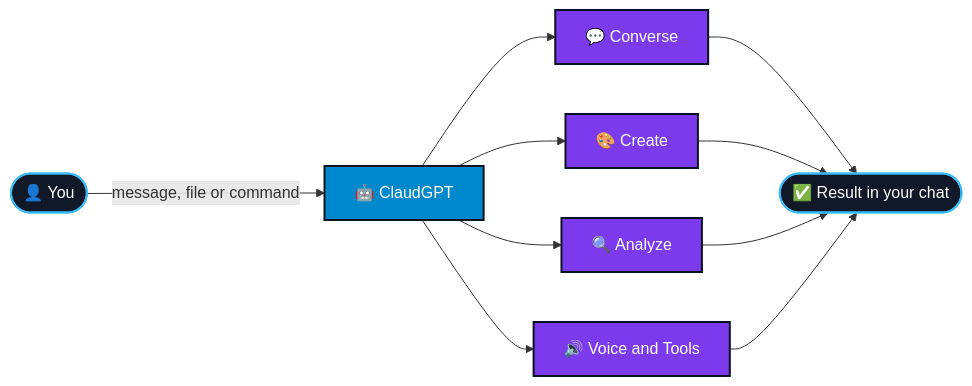
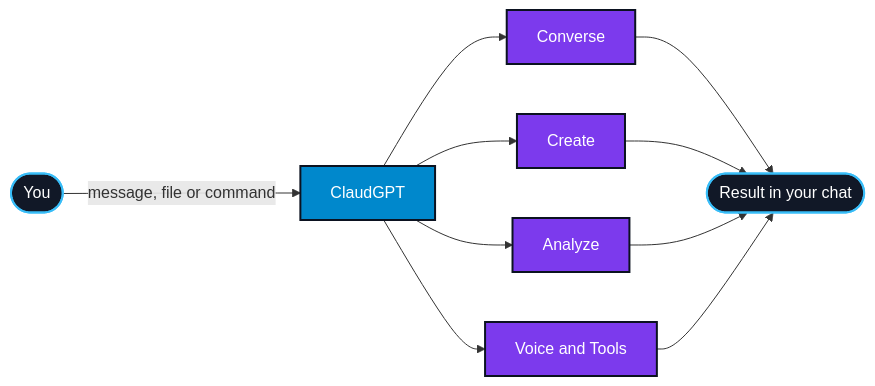
The diagram in README.md (DarkDragonsX/ClaudGPT), drawn with Mermaid before and after one commit. The commit also changed other lines of this file and 6 other files, not shown here.

````diff
--- a/README.md
+++ b/README.md
@@ -125,19 +130,19 @@
 ```mermaid
 flowchart LR
-    U(["👤 You"]) -->|"message, file or command"| C["🤖 ClaudGPT"]
-    C --> A["💬 Converse"]
-    C --> B["🎨 Create"]
-    C --> D["🔍 Analyze"]
-    C --> E["🔊 Voice and Tools"]
-    A --> R(["✅ Result in your chat"])
+    U(["You"]) -->|"message, file or command"| C["ClaudGPT"]
+    C --> A["Converse"]
+    C --> B["Create"]
+    C --> D["Analyze"]
+    C --> E["Voice and Tools"]
+    A --> R(["Result in your chat"])
     B --> R
     D --> R
     E --> R
 
     classDef io fill:#111827,stroke:#38BDF8,stroke-width:2px,color:#ffffff
     classDef core fill:#0088CC,stroke:#0B1220,stroke-width:2px,color:#ffffff
     classDef cap fill:#7C3AED,stroke:#0B1220,stroke-width:2px,color:#ffffff
     class U,R io
     class C core
     class A,B,D,E cap
 ```
````
